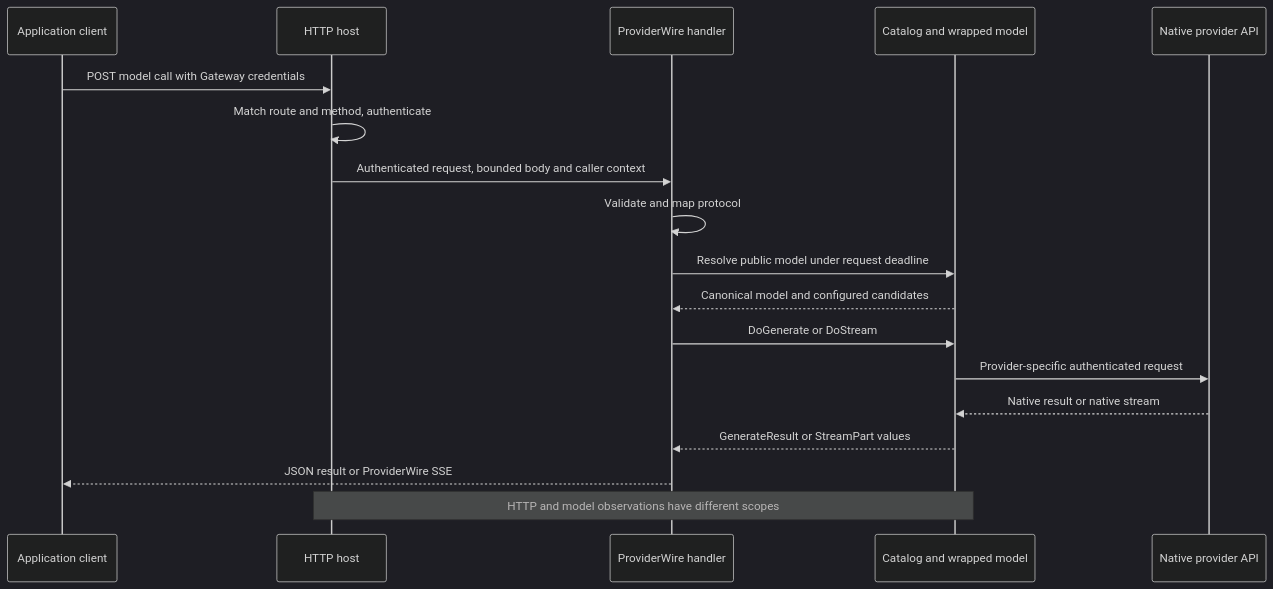
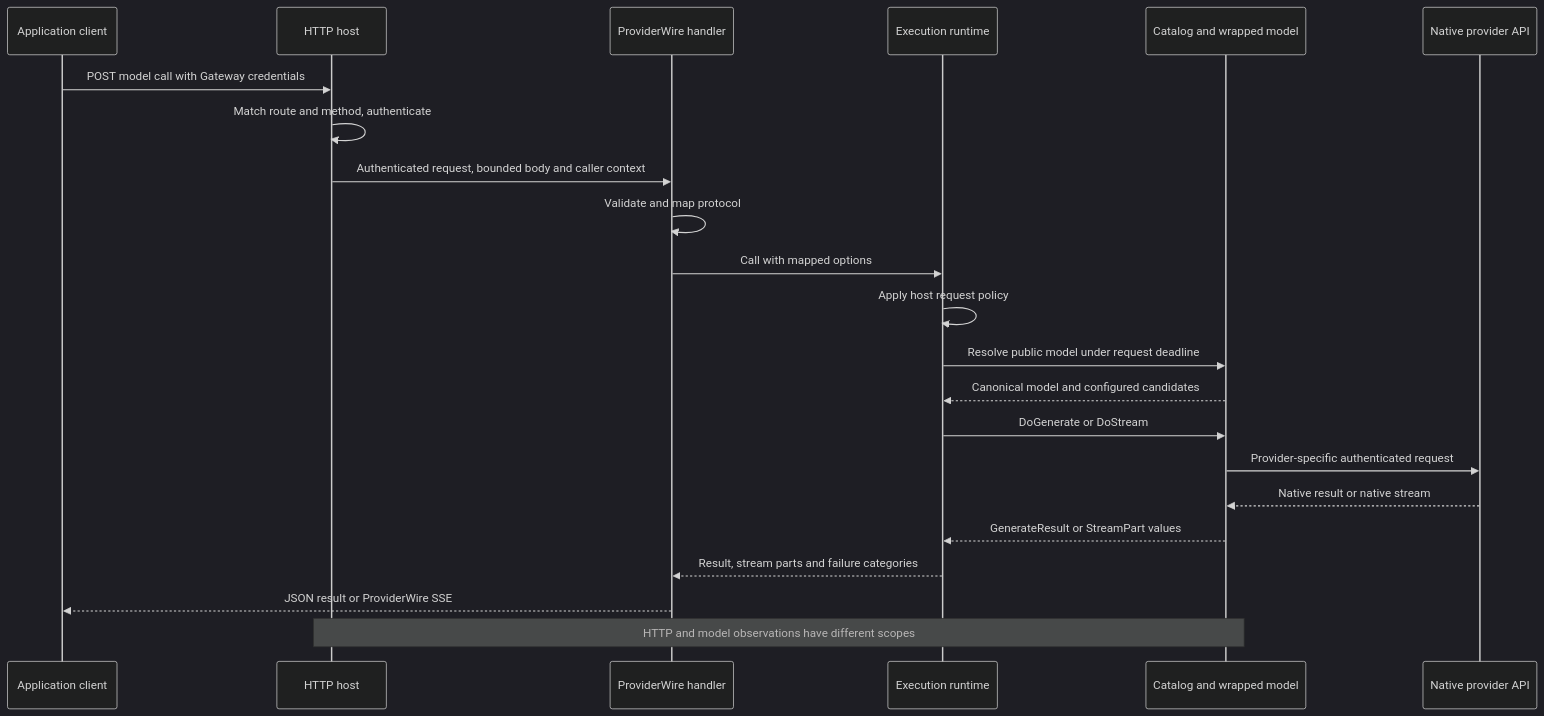
Before and after one commit to grafana/ai-sdk: the second of 3 diagrams in docs/concepts/gateway-architecture.md, drawn with Mermaid (dark theme). The commit also changed other lines of this file and 18 other files, not shown here.

First line of the commit message:
refactor(ai-gateway): tighten the execution runtime after review

````diff
--- a/docs/concepts/gateway-architecture.md
+++ b/docs/concepts/gateway-architecture.md
@@ -93,20 +94,24 @@
 ```mermaid
 sequenceDiagram
   participant C as Application client
   participant H as HTTP host
   participant W as ProviderWire handler
+  participant R as Execution runtime
   participant M as Catalog and wrapped model
   participant P as Native provider API
   C->>H: POST model call with Gateway credentials
   H->>H: Match route and method, authenticate
   H->>W: Authenticated request, bounded body and caller context
   W->>W: Validate and map protocol
-  W->>M: Resolve public model under request deadline
-  M-->>W: Canonical model and configured candidates
-  W->>M: DoGenerate or DoStream
+  W->>R: Call with mapped options
+  R->>R: Apply host request policy
+  R->>M: Resolve public model under request deadline
+  M-->>R: Canonical model and configured candidates
+  R->>M: DoGenerate or DoStream
   M->>P: Provider-specific authenticated request
   P-->>M: Native result or native stream
-  M-->>W: GenerateResult or StreamPart values
+  M-->>R: GenerateResult or StreamPart values
+  R-->>W: Result, stream parts and failure categories
   W-->>C: JSON result or ProviderWire SSE
   Note over H,M: HTTP and model observations have different scopes
 ```
````
